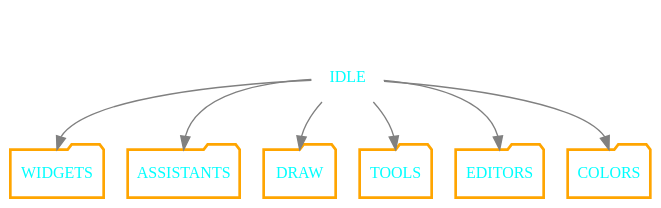
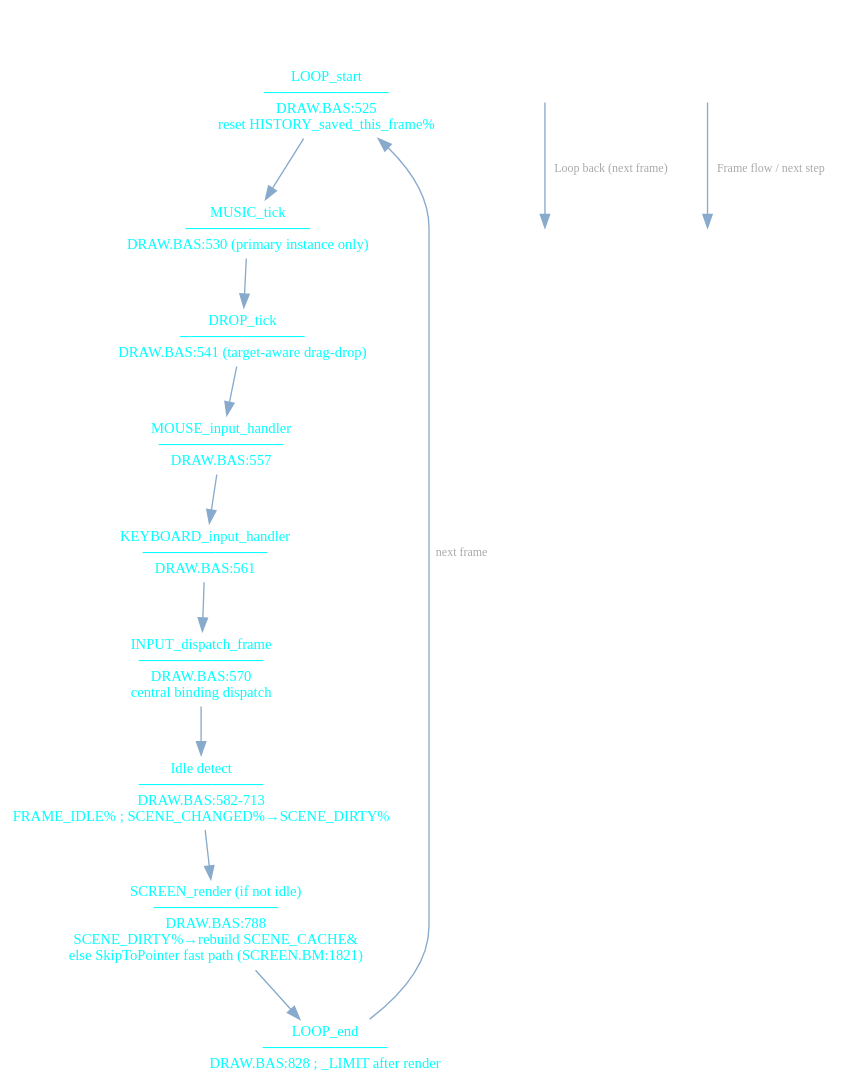
The diagram in PLANS/diagrams/GLOBAL/UI-STATES.DOT (grymmjack/DRAW), drawn with Graphviz before and after one commit. The commit also changed 194 other files, not shown here.

First line of the commit message:
docs(diagrams): reconcile all ~60 existing state diagrams to current source (Phase B0)

```diff
--- a/PLANS/diagrams/GLOBAL/UI-STATES.DOT
+++ b/PLANS/diagrams/GLOBAL/UI-STATES.DOT
@@ -1,36 +1,57 @@
-digraph G {
-    label="DRAW UI STATES" labelloc=t labeljust=c
-    ordering=out
+digraph UI_MAIN_LOOP {
+    label="UI / MAIN-LOOP STATE MACHINE" labelloc=t labeljust=c
+    ordering=out rankdir=TB
     fontcolor=white fontsize=24.0 fontname="Cascadia Code PL"
-    splines=true
+    splines=true compound=true
     bgcolor=transparent
-	edge [
-		color=gray arrowhead=none arrowtail=none
-        headport=n
+    edge [
+        color=gray fontcolor="#aaaaaa" fontsize=9.0
+        fontname="Cascadia Code PL"
+    ];
+    node [
+        color=white shape=rect style=""
+        fontname="Cascadia Code PL" fontsize=11.0 fontcolor=cyan
+    ];
 
-	];
-  	node [
-  		color=white shape=rect
-  		fontname="Cascadia Code PL", fontsize=12.0, fontcolor=cyan
-  	]; 
+    // ─────────────────────────────────────────────────────
+    //  MAIN-LOOP PIPELINE (DRAW.BAS)
+    // ─────────────────────────────────────────────────────
 
-    { node [shape=rect  ]; IDLE }
-    { node [shape=folder color=orange penwidth=2]; WIDGETS }
-    { node [shape=folder color=orange penwidth=2]; ASSISTANTS }
-    { node [shape=folder color=orange penwidth=2]; DRAW }
-    { node [shape=folder color=orange penwidth=2]; TOOLS }
-    { node [shape=folder color=orange penwidth=2]; EDITORS }
-    { node [shape=folder color=orange penwidth=2]; COLORS }
+    S_LOOP_START [label="LOOP_start\n────────────\nDRAW.BAS:525\nreset HISTORY_saved_this_frame%"];
+    S_MUSIC [label="MUSIC_tick\n────────────\nDRAW.BAS:530 (primary instance only)"];
+    S_DROP [label="DROP_tick\n────────────\nDRAW.BAS:541 (target-aware drag-drop)"];
+    S_MOUSE [label="MOUSE_input_handler\n────────────\nDRAW.BAS:557"];
+    S_KEY [label="KEYBOARD_input_handler\n────────────\nDRAW.BAS:561"];
+    S_DISPATCH [label="INPUT_dispatch_frame\n────────────\nDRAW.BAS:570\ncentral binding dispatch"];
+    S_IDLE_DETECT [label="Idle detect\n────────────\nDRAW.BAS:582-713\nFRAME_IDLE% ; SCENE_CHANGED%→SCENE_DIRTY%"];
+    S_RENDER [label="SCREEN_render (if not idle)\n────────────\nDRAW.BAS:788\nSCENE_DIRTY%→rebuild SCENE_CACHE&\nelse SkipToPointer fast path (SCREEN.BM:1821)"];
+    S_LOOP_END [label="LOOP_end\n────────────\nDRAW.BAS:828 ; _LIMIT after render"];
 
-    { edge [arrowhead="normal"]; node [shape=rect];
-        IDLE -> WIDGETS, ASSISTANTS, DRAW, TOOLS, EDITORS, COLORS;
-        // WIDGETS -> PALETTE, PATTERN, WIDTH, MENUBAR, STATUSBAR;
-        // ASSISTANTS -> CROSSHAIR, PICKER, ZOOM, GRID, PAN, SYMMETRY;
-        // DRAW -> PAINT, ERASE, BRUSH, LINE, POLYLINE, RAY, ELLIPSE, RECT, FLOODFILL
-        // TOOLS -> SELECT, MOVE, TEXT, SAVE, OPEN, CODE;
-        // COLORS -> FOREGROUND, BACKGROUND;
-        // { node [shape=box3d];
-        //     EDITORS -> "PALETTE EDITOR", "PATTERN EDITOR", "BRUSH EDITOR";
-        // }
+    S_LOOP_START -> S_MUSIC [color="#88aacc"];
+    S_MUSIC -> S_DROP [color="#88aacc"];
+    S_DROP -> S_MOUSE [color="#88aacc"];
+    S_MOUSE -> S_KEY [color="#88aacc"];
+    S_KEY -> S_DISPATCH [color="#88aacc"];
+    S_DISPATCH -> S_IDLE_DETECT [color="#88aacc"];
+    S_IDLE_DETECT -> S_RENDER [color="#88aacc"];
+    S_RENDER -> S_LOOP_END [color="#88aacc"];
+    S_LOOP_END -> S_LOOP_START [label=" next frame" color="#88aacc"];
+
+    // ─────────────────────────────────────────────────────
+    //  LEGEND
+    // ─────────────────────────────────────────────────────
+
+    subgraph cluster_legend {
+        label="LEGEND" labelloc=t labeljust=l
+        fontcolor=white fontsize=11.0 fontname="Cascadia Code PL"
+        color=white style=dashed penwidth=1
+
+        L1 [label="" shape=point width=0.01];
+        L2 [label="" shape=point width=0.01];
+        L3 [label="" shape=point width=0.01];
+        L4 [label="" shape=point width=0.01];
+
+        L1 -> L2 [label=" Frame flow / next step" arrowhead=normal color="#88aacc" fontsize=9.0];
+        L3 -> L4 [label=" Loop back (next frame)" arrowhead=normal color="#88aacc" fontsize=9.0];
     }
 }
```
